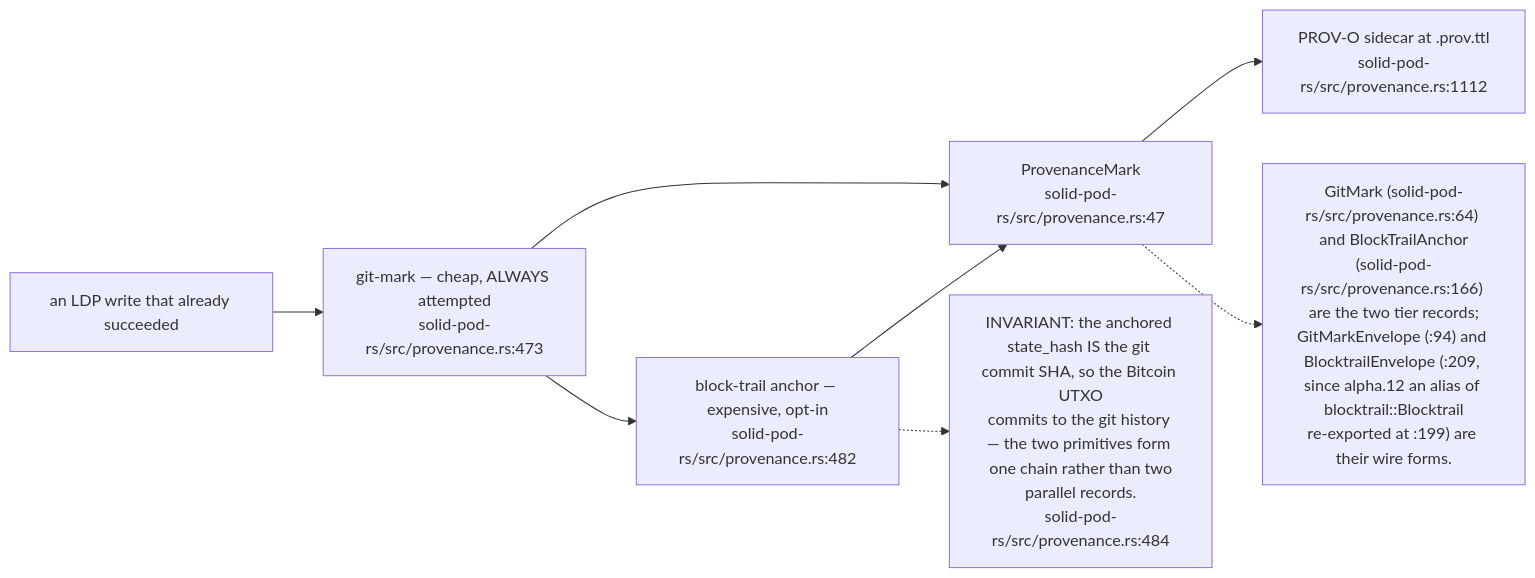
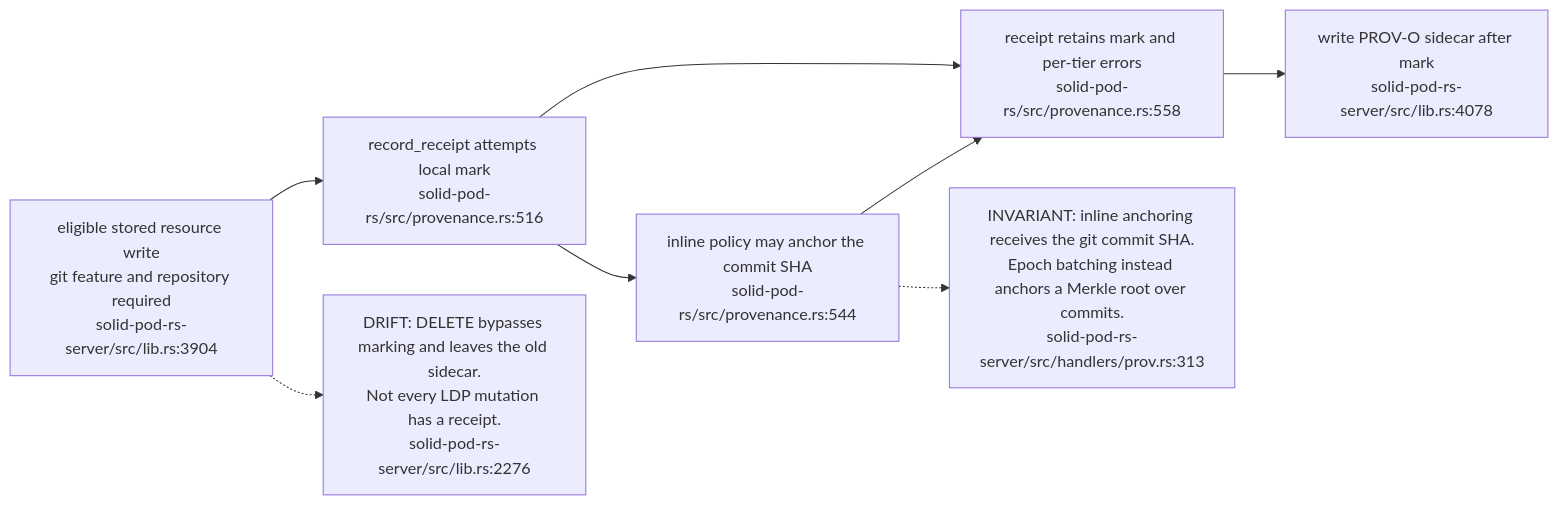
Before and after one commit to DreamLab-AI/VisionFlow: the first of 19 diagrams in docs/diagrams/solid-pod-rs/07-provenance-and-payments.md, drawn with Mermaid. The commit also changed other lines of this file and 32 other files, not shown here.

Commit message:
docs: audit Solid provenance receipt and mutation gaps

````diff
--- a/docs/diagrams/solid-pod-rs/07-provenance-and-payments.md
+++ b/docs/diagrams/solid-pod-rs/07-provenance-and-payments.md
@@ -29,17 +29,14 @@
 ```mermaid
 flowchart LR
-    W["an LDP write that already succeeded"]
-    GM["git-mark — cheap, ALWAYS attempted<br/>solid-pod-rs/src/provenance.rs:473"]
-    AN["block-trail anchor — expensive, opt-in<br/>solid-pod-rs/src/provenance.rs:482"]
-    SC["PROV-O sidecar at <resource>.prov.ttl<br/>solid-pod-rs/src/provenance.rs:1112"]
-    MK["ProvenanceMark<br/>solid-pod-rs/src/provenance.rs:47"]
-
-    W --> GM --> MK
+    W["eligible stored resource write<br/>git feature and repository required<br/>solid-pod-rs-server/src/lib.rs:3904"]
+    GM["record_receipt attempts local mark<br/>solid-pod-rs/src/provenance.rs:516"]
+    MK["receipt retains mark and per-tier errors<br/>solid-pod-rs/src/provenance.rs:558"]
+    AN["inline policy may anchor the commit SHA<br/>solid-pod-rs/src/provenance.rs:544"]
+    SC["write PROV-O sidecar after mark<br/>solid-pod-rs-server/src/lib.rs:4078"]
+    W --> GM --> MK --> SC
     GM --> AN --> MK
-    MK --> SC
-
-    N["INVARIANT: the anchored state_hash IS the git commit SHA, so the Bitcoin UTXO<br/>commits to the git history — the two primitives form one chain rather than two<br/>parallel records.<br/>solid-pod-rs/src/provenance.rs:484"]
+    N["INVARIANT: inline anchoring receives the git commit SHA.<br/>Epoch batching instead anchors a Merkle root over commits.<br/>solid-pod-rs-server/src/handlers/prov.rs:313"]
     AN -.-> N
-    N2["GitMark (solid-pod-rs/src/provenance.rs:64) and BlockTrailAnchor<br/>(solid-pod-rs/src/provenance.rs:166) are the two tier records;<br/>GitMarkEnvelope (:94) and BlocktrailEnvelope (:209, since alpha.12 an alias of blocktrail::Blocktrail<br/>re-exported at :199) are their wire forms."]
-    MK -.-> N2
+    D["DRIFT: DELETE bypasses marking and leaves the old sidecar.<br/>Not every LDP mutation has a receipt.<br/>solid-pod-rs-server/src/lib.rs:2276"]
+    W -.-> D
 ```
````
